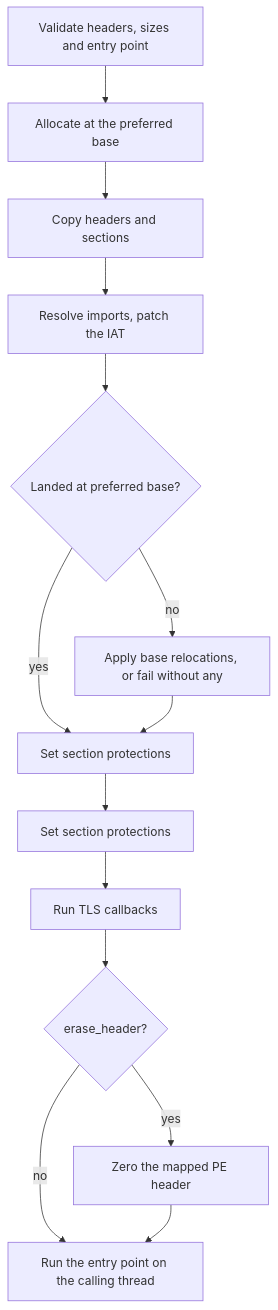
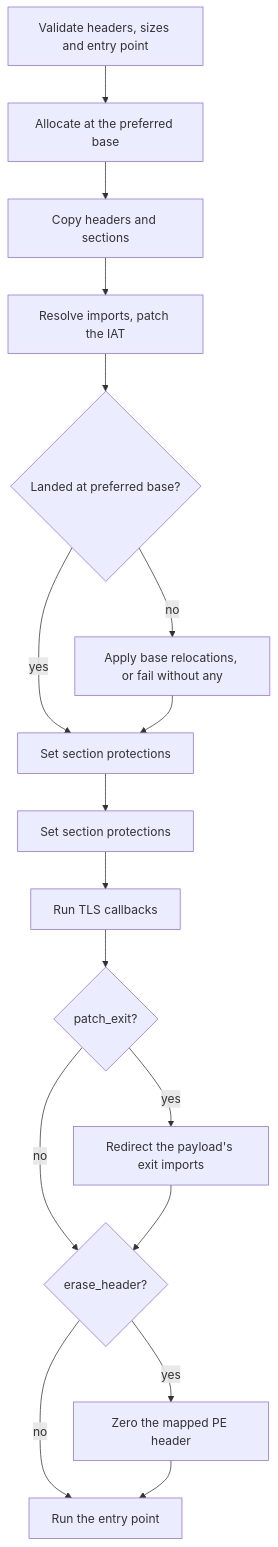
One commit to M3str3/Picaro changed the diagram in src/techniques/reflective_loading/README.md. Above: the diagram before and after it, drawn with Mermaid. The commit also changed other lines of this file and 86 other files, not shown here.

````diff
--- a/src/techniques/reflective_loading/README.md
+++ b/src/techniques/reflective_loading/README.md
@@ -20,16 +20,19 @@
 ```mermaid
 flowchart TD
     A[Validate headers, sizes and entry point] --> B[Allocate at the preferred base]
     B --> C[Copy headers and sections]
     C --> D[Resolve imports, patch the IAT]
     D --> E{Landed at preferred base?}
     E -- no --> F[Apply base relocations, or fail without any]
     E -- yes --> G[Set section protections]
     F --> G
     G --> H[Set section protections]
     H --> I[Run TLS callbacks]
-    I --> J{erase_header?}
+    I --> I2{patch_exit?}
+    I2 -- yes --> I3[Redirect the payload's exit imports]
+    I2 -- no --> J{erase_header?}
+    I3 --> J
     J -- yes --> K[Zero the mapped PE header]
-    J -- no --> L[Run the entry point on the calling thread]
+    J -- no --> L[Run the entry point]
     K --> L
 ```
````
